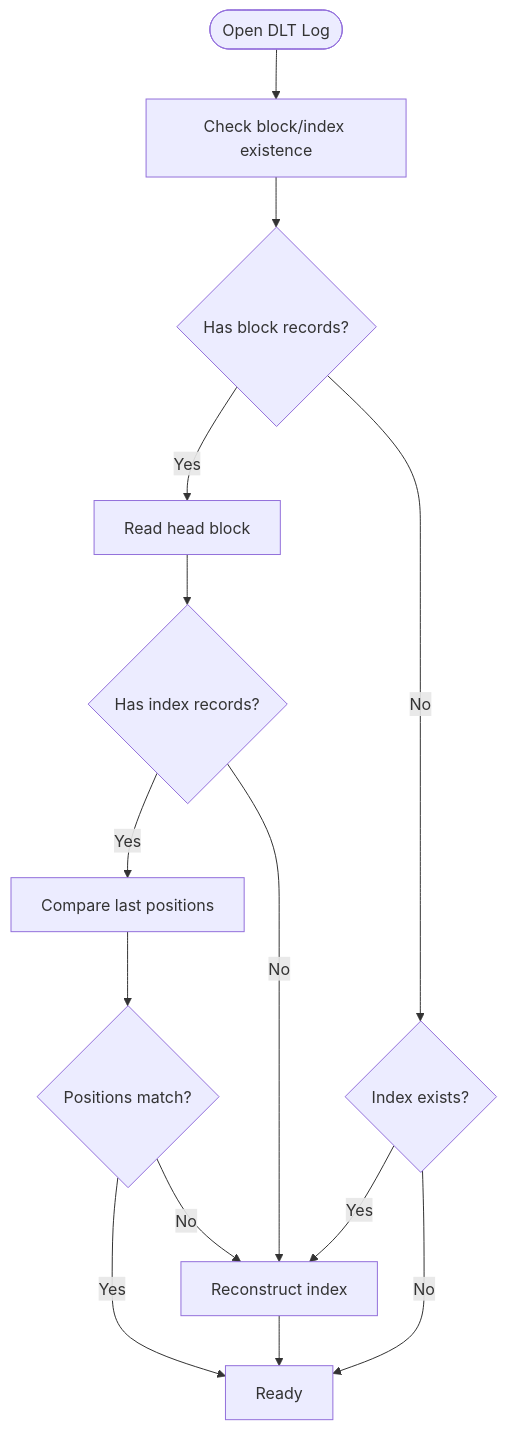
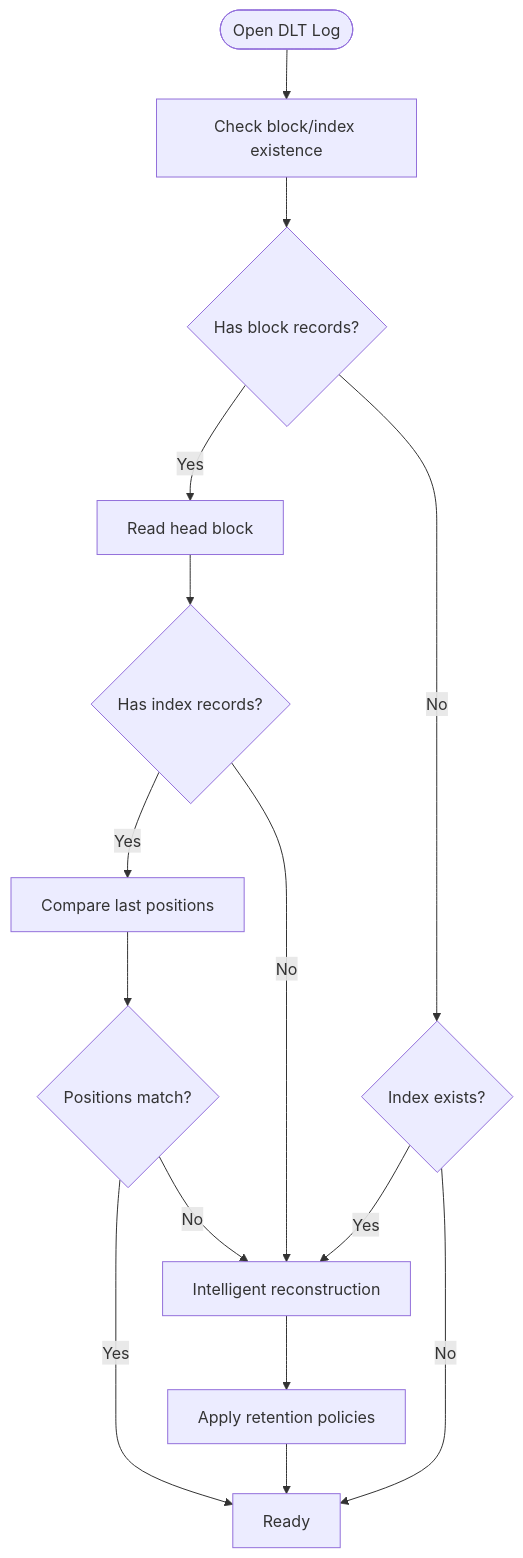
One commit to VIZ-Blockchain/viz-cpp-node changed the fourth of 8 diagrams in .qoder/repowiki/en/content/Architecture Overview/Core Libraries/Chain Library/Database Management/DLT Rolling Block Log.md. Above: the diagram before and after it, drawn with Mermaid. The commit also changed other lines of this file and 4 other files, not shown here.

````diff
--- a/.qoder/repowiki/en/content/Architecture Overview/Core Libraries/Chain Library/Database Management/DLT Rolling Block Log.md
+++ b/.qoder/repowiki/en/content/Architecture Overview/Core Libraries/Chain Library/Database Management/DLT Rolling Block Log.md
@@ -159,16 +172,17 @@
 ```mermaid
 flowchart TD
 Start([Open DLT Log]) --> CheckFiles["Check block/index existence"]
 CheckFiles --> HasBlocks{"Has block records?"}
 HasBlocks --> |Yes| ReadHead["Read head block"]
 ReadHead --> HasIndex{"Has index records?"}
 HasBlocks --> |No| WipeIndex{"Index exists?"}
-WipeIndex --> |Yes| RebuildIndex["Reconstruct index"]
+WipeIndex --> |Yes| ReconstructIndex["Intelligent reconstruction"]
 WipeIndex --> |No| Ready["Ready"]
 HasIndex --> |Yes| CompareHeads["Compare last positions"]
 CompareHeads --> Match{"Positions match?"}
 Match --> |Yes| Ready
-Match --> |No| RebuildIndex
-HasIndex --> |No| RebuildIndex
-RebuildIndex --> Ready
+Match --> |No| ReconstructIndex
+HasIndex --> |No| ReconstructIndex
+ReconstructIndex --> ApplyRetention["Apply retention policies"]
+ApplyRetention --> Ready
 ```
````
